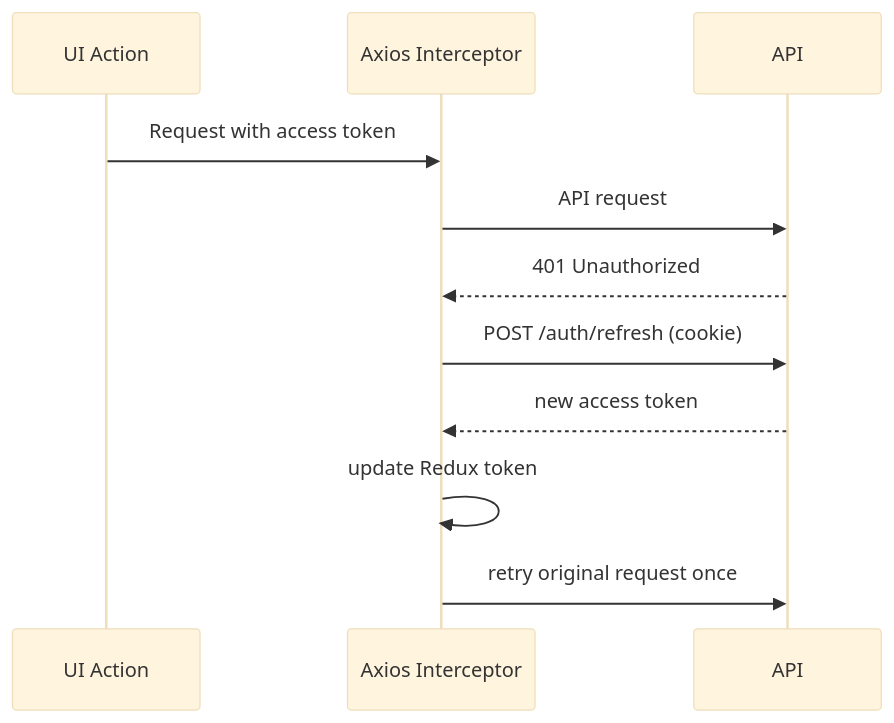
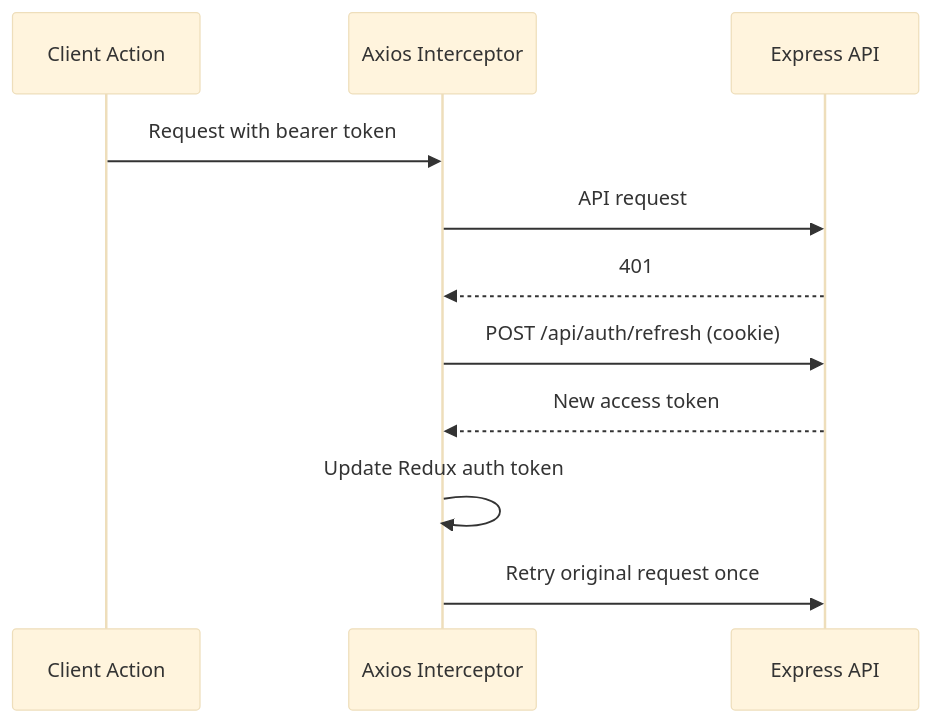
Before and after one commit to comp596-spring-2026/RetailSync: the diagram in docs/frontend/client-architecture.md, drawn with Mermaid (base theme). The commit also changed other lines of this file and 270 other files, not shown here.

Commit message:
Refactor modules and stabilize POS Sheets sync flow.

````diff
--- a/docs/frontend/client-architecture.md
+++ b/docs/frontend/client-architecture.md
@@ -28,14 +98,14 @@
 ```mermaid
 sequenceDiagram
-  participant UI as UI Action
+  participant UI as Client Action
   participant AX as Axios Interceptor
-  participant API as API
+  participant API as Express API
 
-  UI->>AX: Request with access token
+  UI->>AX: Request with bearer token
   AX->>API: API request
-  API-->>AX: 401 Unauthorized
-  AX->>API: POST /auth/refresh (cookie)
-  API-->>AX: new access token
-  AX->>AX: update Redux token
-  AX->>API: retry original request once
+  API-->>AX: 401
+  AX->>API: POST /api/auth/refresh (cookie)
+  API-->>AX: New access token
+  AX->>AX: Update Redux auth token
+  AX->>API: Retry original request once
 ```
````
